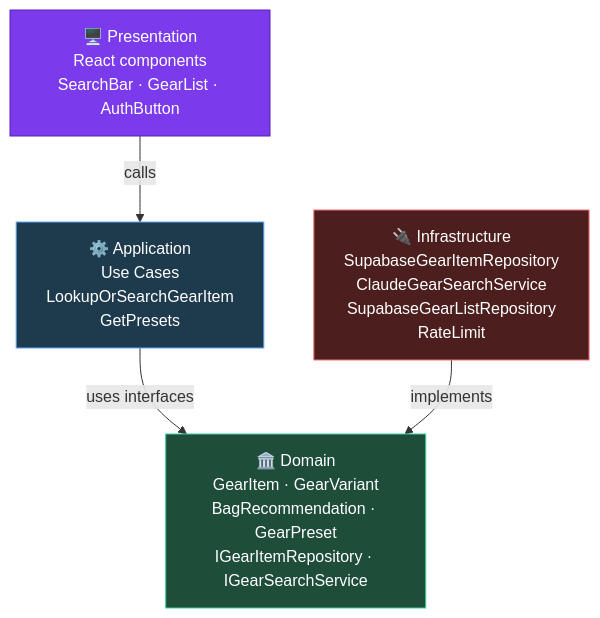
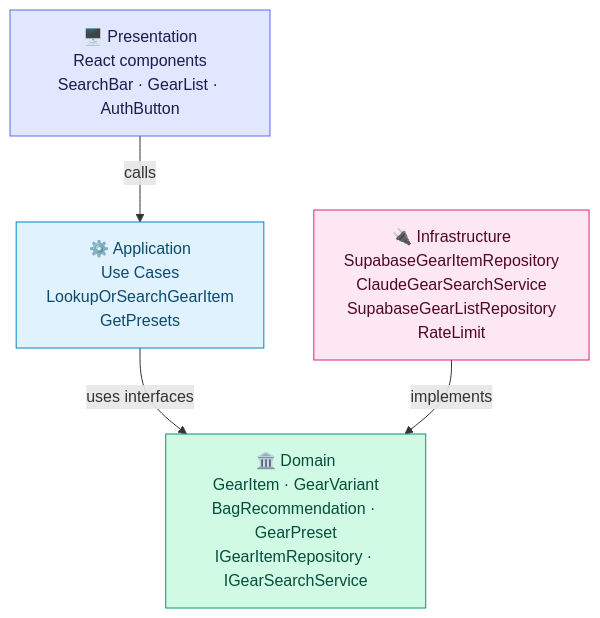
Before and after one commit to alexzhel-io/veloadout: the second of 14 diagrams in docs/architecture.md, drawn with Mermaid. The commit also changed other lines of this file and 1 other file, not shown here.

Commit message:
docs: translate to English, pastel colors on all diagrams

````diff
--- a/docs/architecture.md
+++ b/docs/architecture.md
@@ -31,16 +31,16 @@
 ```mermaid
 graph TD
     P["🖥️ Presentation<br>React components<br>SearchBar · GearList · AuthButton"]
     A["⚙️ Application<br>Use Cases<br>LookupOrSearchGearItem<br>GetPresets"]
     D["🏛️ Domain<br>GearItem · GearVariant<br>BagRecommendation · GearPreset<br>IGearItemRepository · IGearSearchService"]
     I["🔌 Infrastructure<br>SupabaseGearItemRepository<br>ClaudeGearSearchService<br>SupabaseGearListRepository<br>RateLimit"]
 
     P -->|calls| A
     A -->|uses interfaces| D
     I -->|implements| D
 
-    style P fill:#7c3aed,stroke:#5b21b6,color:#fff
-    style A fill:#1e3a4d,stroke:#60a5fa,color:#fff
-    style D fill:#1e4d3a,stroke:#34d399,color:#fff
-    style I fill:#4d1e1e,stroke:#f87171,color:#fff
+    style P fill:#e0e7ff,stroke:#6366f1,color:#1e1b4b
+    style A fill:#e0f2fe,stroke:#0284c7,color:#0c4a6e
+    style D fill:#d1fae5,stroke:#059669,color:#064e3b
+    style I fill:#fce7f3,stroke:#db2777,color:#500724
 ```
````
